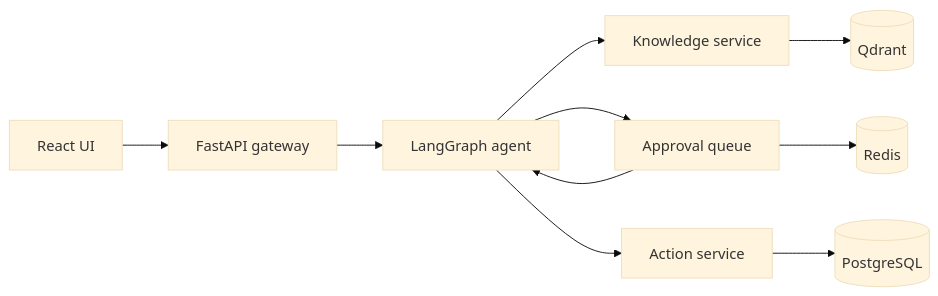
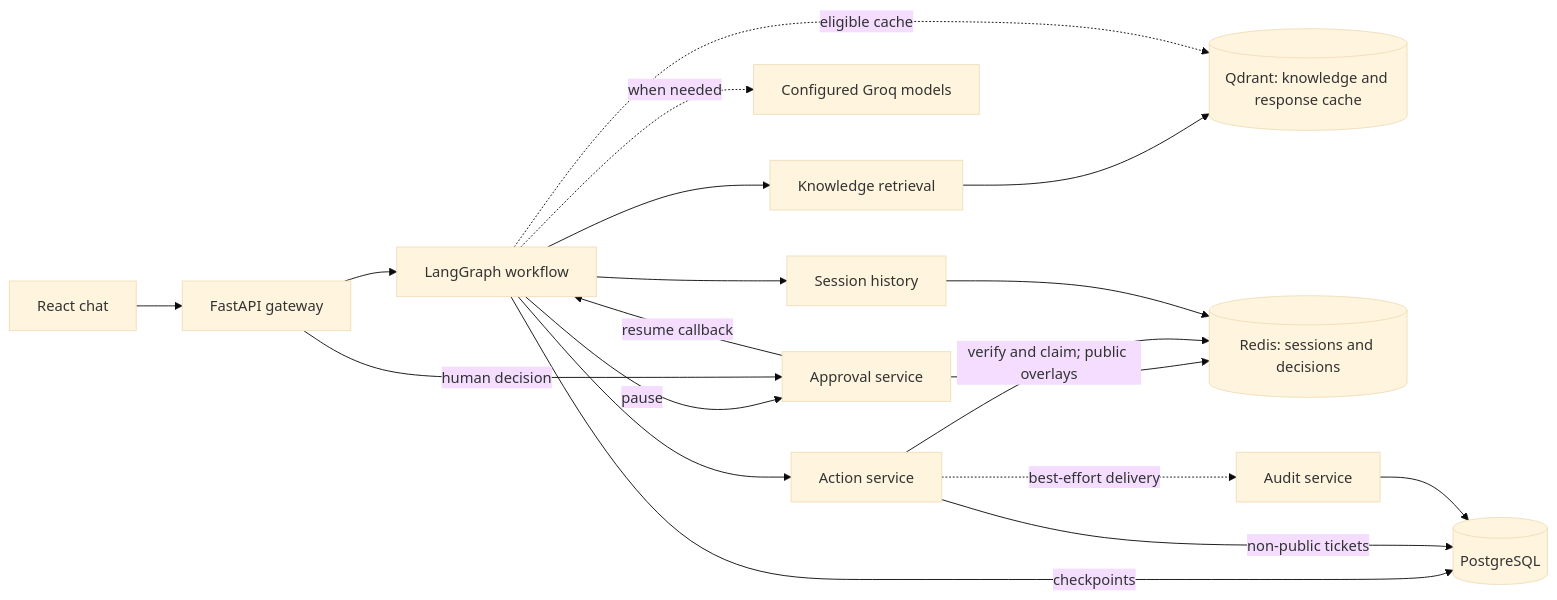
The diagram in README.md (JavithNaseem-J/KRAKEN), drawn with Mermaid (base theme) before and after one commit. The commit also changed other lines of this file, not shown here.

````diff
--- a/README.md
+++ b/README.md
@@ -17,12 +27,21 @@
 ```mermaid
 flowchart LR
-    UI[React UI] --> Gateway[FastAPI gateway]
-    Gateway --> Agent[LangGraph agent]
-    Agent --> Knowledge[Knowledge service]
-    Knowledge --> Qdrant[(Qdrant)]
-    Agent --> Approval[Approval queue]
-    Approval --> Redis[(Redis)]
-    Approval --> Agent
-    Agent --> Actions[Action service]
-    Actions --> Postgres[(PostgreSQL)]
+    UI["React chat"] --> Gateway["FastAPI gateway"]
+    Gateway --> Agent["LangGraph workflow"]
+    Agent --> Knowledge["Knowledge retrieval"]
+    Knowledge --> Qdrant[("Qdrant: knowledge and response cache")]
+    Agent -. "eligible cache" .-> Qdrant
+    Agent -. "when needed" .-> LLM["Configured Groq models"]
+    Agent --> Actions["Action service"]
+    Agent -- "pause" --> Approval["Approval service"]
+    Gateway -- "human decision" --> Approval
+    Approval --> Redis[("Redis: sessions and decisions")]
+    Approval -- "resume callback" --> Agent
+    Actions -- "verify and claim; public overlays" --> Redis
+    Agent -- "checkpoints" --> Postgres[("PostgreSQL")]
+    Actions -- "non-public tickets" --> Postgres
+    Agent --> Memory["Session history"]
+    Memory --> Redis
+    Actions -. "best-effort delivery" .-> Audit["Audit service"]
+    Audit --> Postgres
 ```
````
